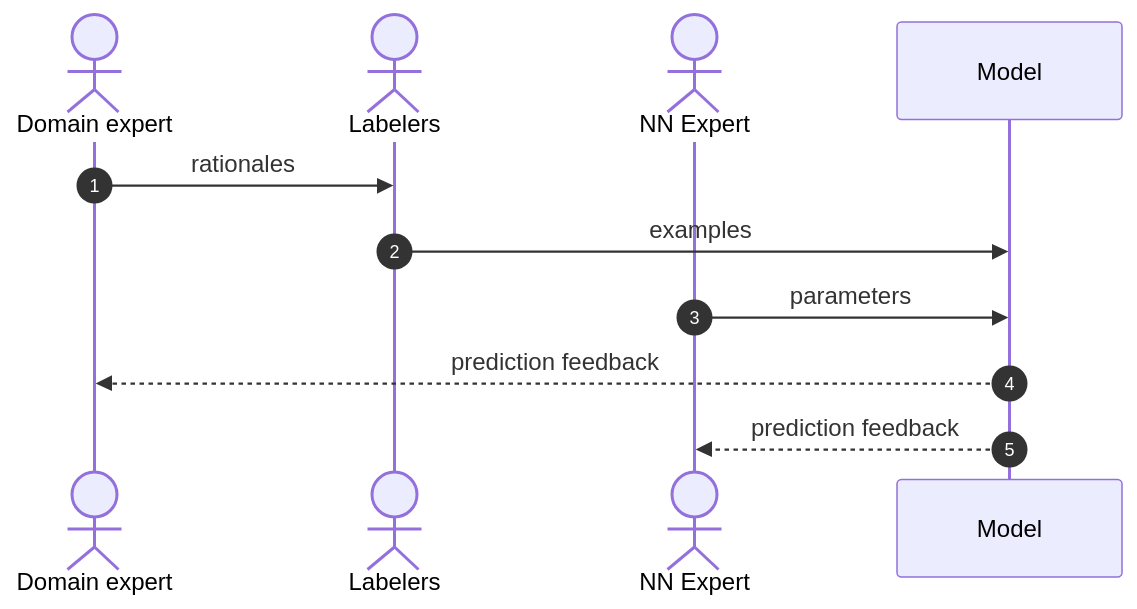
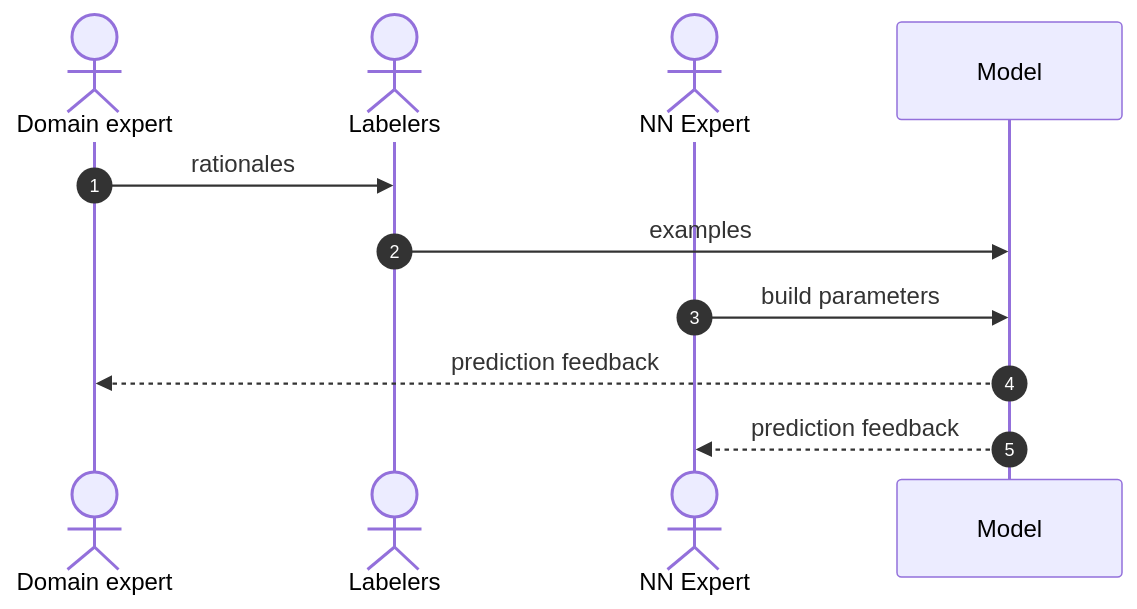
One commit to borisdev/research changed the first of 2 diagrams in tune-chatgpt/README.md. Above: the diagram before and after it, drawn with Mermaid.

Commit message:
better sequence diagram

````diff
--- a/tune-chatgpt/README.md
+++ b/tune-chatgpt/README.md
@@ -41,13 +41,13 @@
 ```mermaid
 sequenceDiagram
     autonumber
     actor E as Domain expert
     actor L as Labelers
     actor NN as NN Expert
     participant M as Model
     E->>L: rationales
     L->>M: examples
-    NN->>M: parameters
+    NN->>M: build parameters
     M-->>E: prediction feedback
     M-->>NN: prediction feedback
 ```
````
